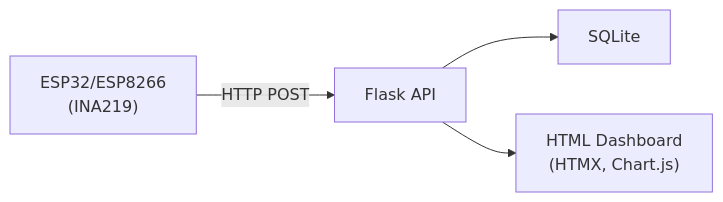
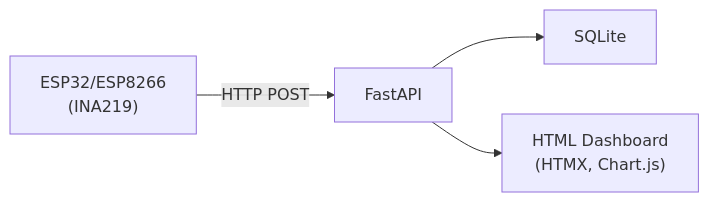
Before and after one commit to arifnd/buckpow: the diagram in README.md, drawn with Mermaid. The commit also changed other lines of this file and 60 other files, not shown here.

Commit message:
Migration backend using FastAPI

````diff
--- a/README.md
+++ b/README.md
@@ -21,6 +21,6 @@
 ```mermaid
 graph LR
-    S["ESP32/ESP8266<br/>(INA219)"] -->|HTTP POST| API["Flask API"]
+    S["ESP32/ESP8266<br/>(INA219)"] -->|HTTP POST| API["FastAPI"]
     API --> DB["SQLite"]
     API --> DASH["HTML Dashboard<br/>(HTMX, Chart.js)"]
 ```
````
